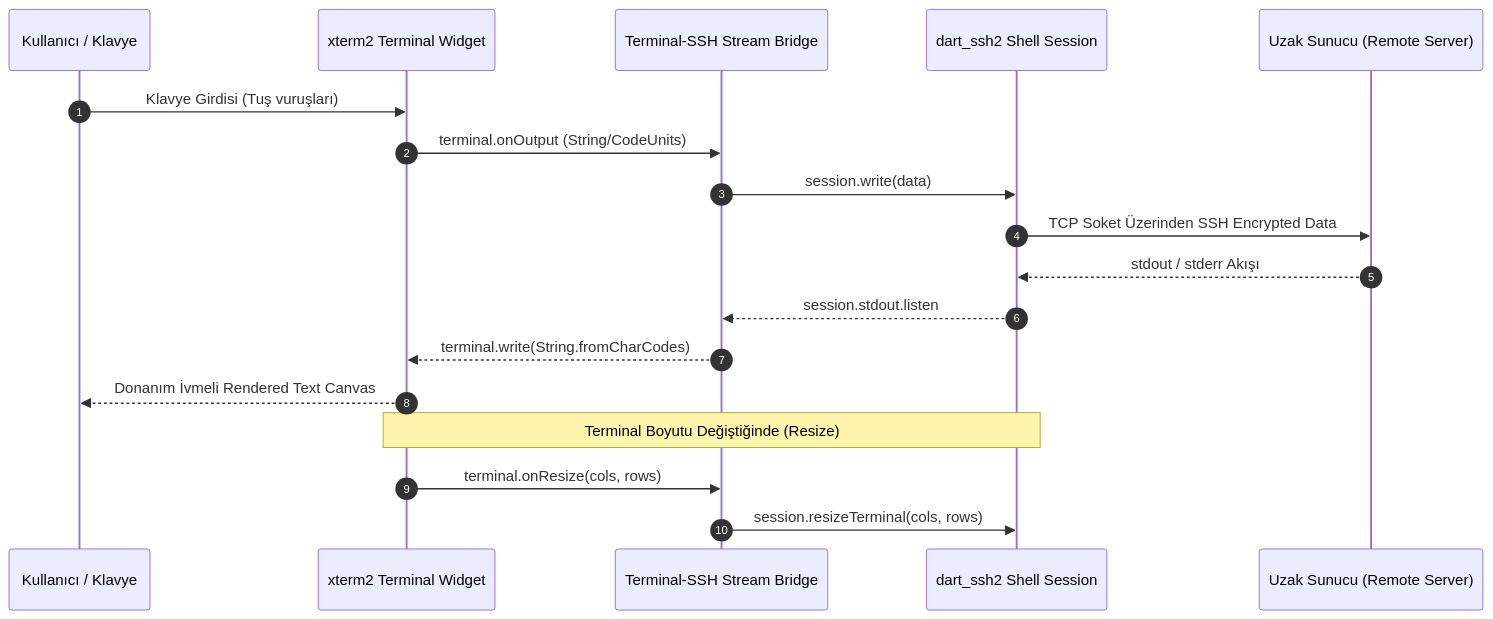
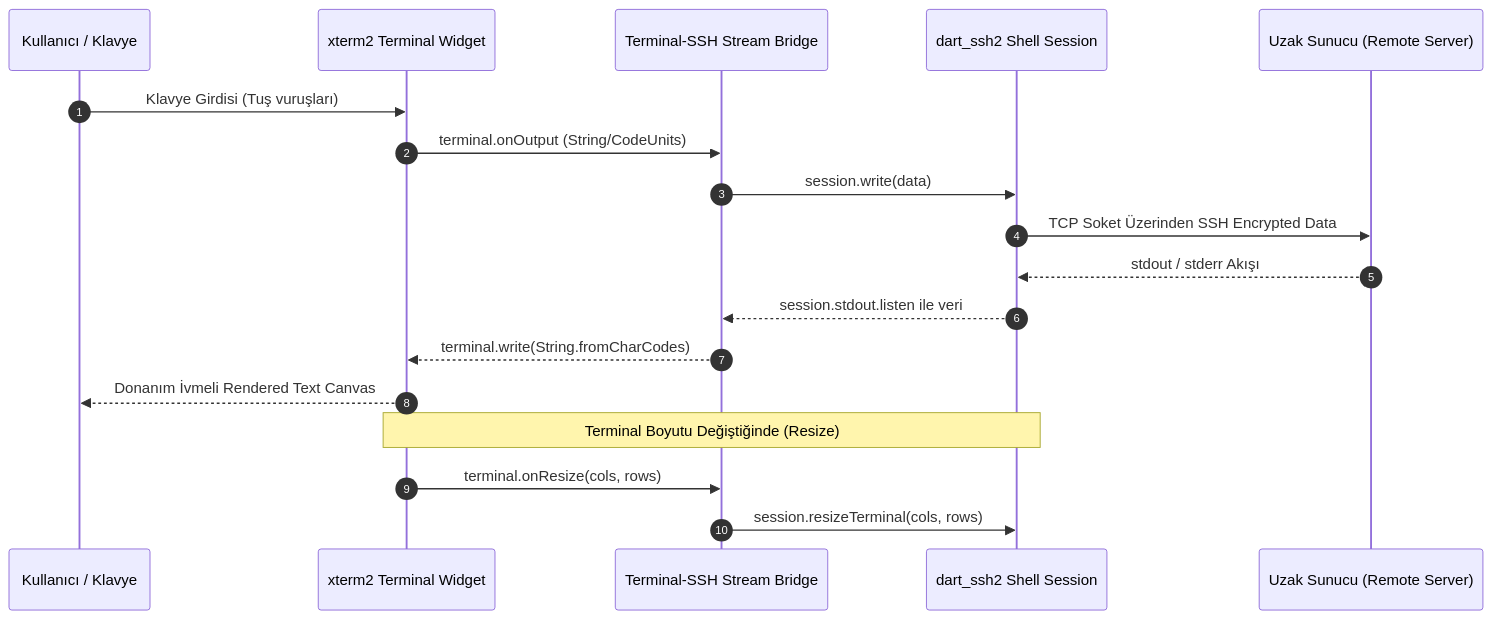
One commit to klc/shellvibe changed the second of 2 diagrams in docs/tech_spec.md. Above: the diagram before and after it, drawn with Mermaid. The commit also changed other lines of this file, not shown here.

````diff
--- a/docs/tech_spec.md
+++ b/docs/tech_spec.md
@@ -106,22 +108,22 @@
 ```mermaid
 sequenceDiagram
     autonumber
     participant User as Kullanıcı / Klavye
     participant Xterm as xterm2 Terminal Widget
     participant Bridge as Terminal-SSH Stream Bridge
     participant SSH as dart_ssh2 Shell Session
     participant Server as Uzak Sunucu (Remote Server)
 
     User->>Xterm: Klavye Girdisi (Tuş vuruşları)
     Xterm->>Bridge: terminal.onOutput (String/CodeUnits)
     Bridge->>SSH: session.write(data)
     SSH->>Server: TCP Soket Üzerinden SSH Encrypted Data
     Server-->>SSH: stdout / stderr Akışı
-    SSH-->>Bridge: session.stdout.listen
+    SSH-->>Bridge: session.stdout.listen ile veri
     Bridge-->>Xterm: terminal.write(String.fromCharCodes)
     Xterm-->>User: Donanım İvmeli Rendered Text Canvas
 
     Note over Xterm,SSH: Terminal Boyutu Değiştiğinde (Resize)
     Xterm->>Bridge: terminal.onResize(cols, rows)
     Bridge->>SSH: session.resizeTerminal(cols, rows)
 ```
````
